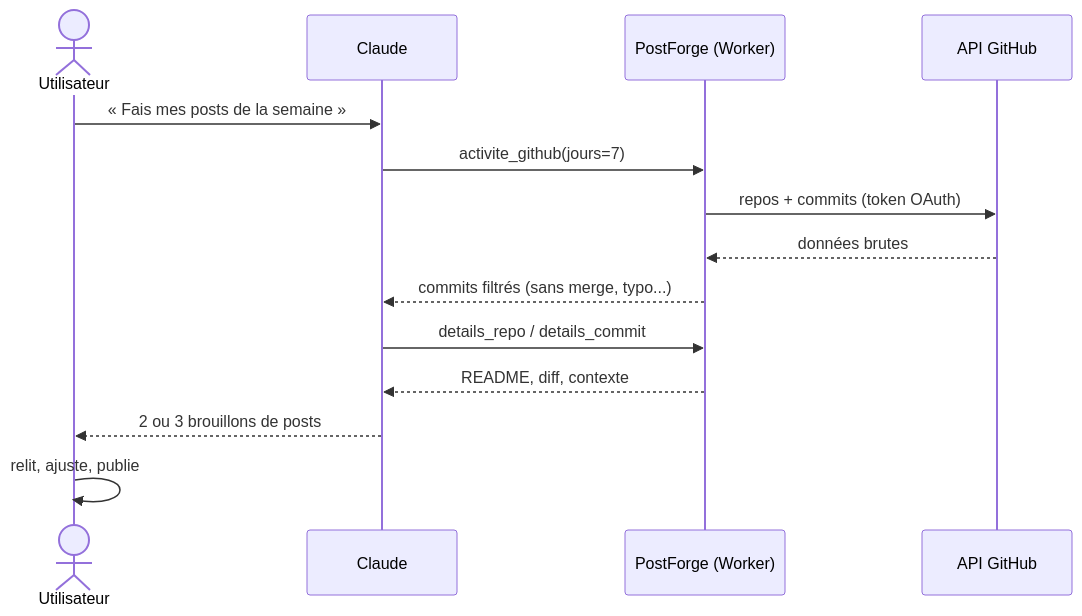
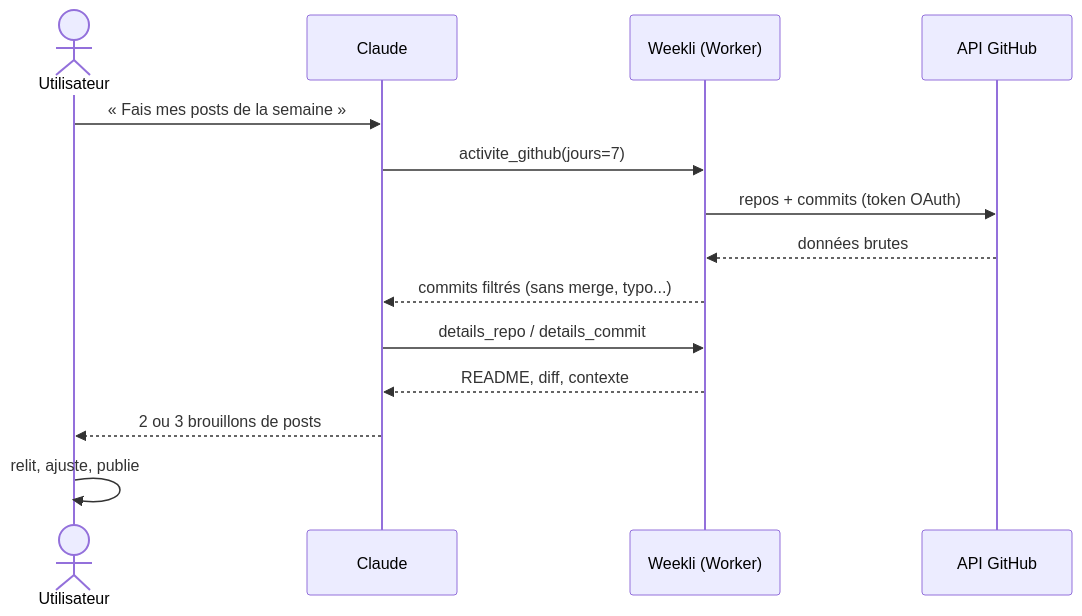
The first of 2 diagrams in README.md (Souf-F/weekli), drawn with Mermaid before and after one commit. The commit also changed other lines of this file and 11 other files, not shown here.

````diff
--- a/README.md
+++ b/README.md
@@ -23,17 +23,17 @@
 ```mermaid
 sequenceDiagram
     actor U as Utilisateur
     participant C as Claude
-    participant P as PostForge (Worker)
+    participant P as Weekli (Worker)
     participant G as API GitHub
 
     U->>C: « Fais mes posts de la semaine »
     C->>P: activite_github(jours=7)
     P->>G: repos + commits (token OAuth)
     G-->>P: données brutes
     P-->>C: commits filtrés (sans merge, typo...)
     C->>P: details_repo / details_commit
     P-->>C: README, diff, contexte
     C-->>U: 2 ou 3 brouillons de posts
     U->>U: relit, ajuste, publie
 ```
````
